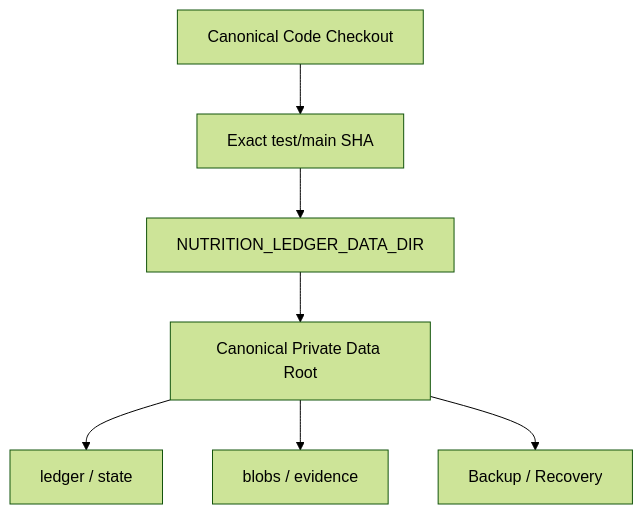
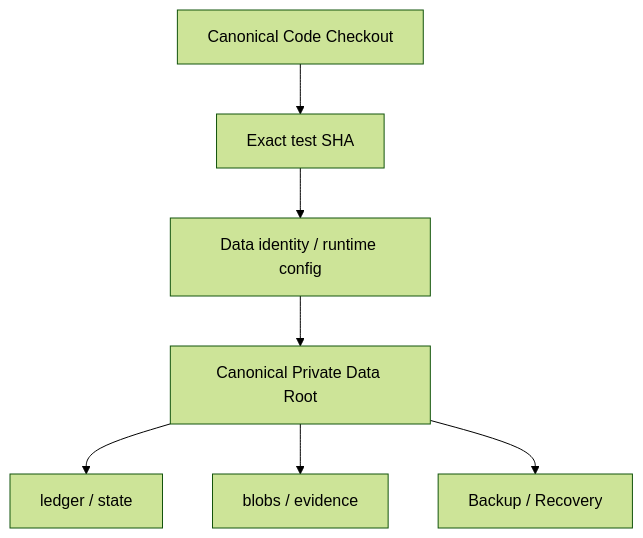
The fourth of 4 diagrams in docs/architecture/2026-09-18-nutrition-current-vs-ideal-architecture.md (EOMZON/nutrition-ledger-mvp), drawn with Mermaid (forest theme) before and after one commit. The commit also changed other lines of this file, not shown here.

Commit message:
docs: refresh Nutrition current-to-ideal architecture

````diff
--- a/docs/architecture/2026-09-18-nutrition-current-vs-ideal-architecture.md
+++ b/docs/architecture/2026-09-18-nutrition-current-vs-ideal-architecture.md
@@ -228,17 +244,17 @@
 ```mermaid
 flowchart TD
     Code["Canonical Code Checkout"]
-    Target["Exact test/main SHA"]
-    Env["NUTRITION_LEDGER_DATA_DIR"]
+    Target["Exact test SHA"]
+    Env["Data identity / runtime config"]
     Data["Canonical Private Data Root"]
     Ledger["ledger / state"]
     Blob["blobs / evidence"]
     Backup["Backup / Recovery"]
 
     Code --> Target
     Target --> Env
     Env --> Data
     Data --> Ledger
     Data --> Blob
     Data --> Backup
 ```
````
